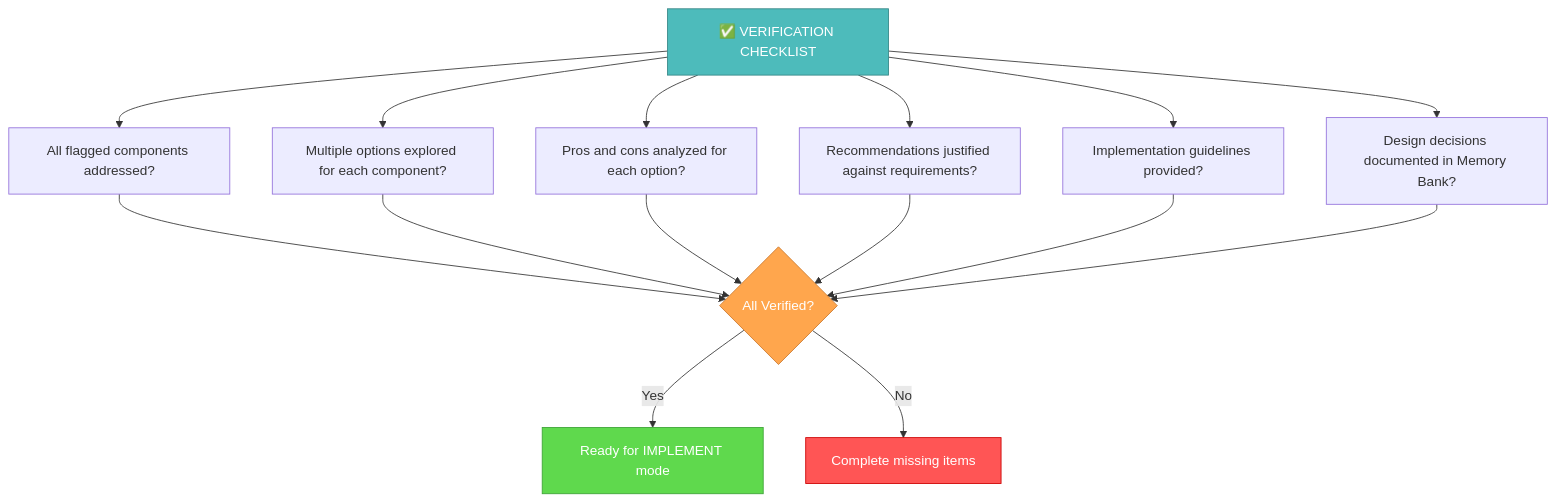
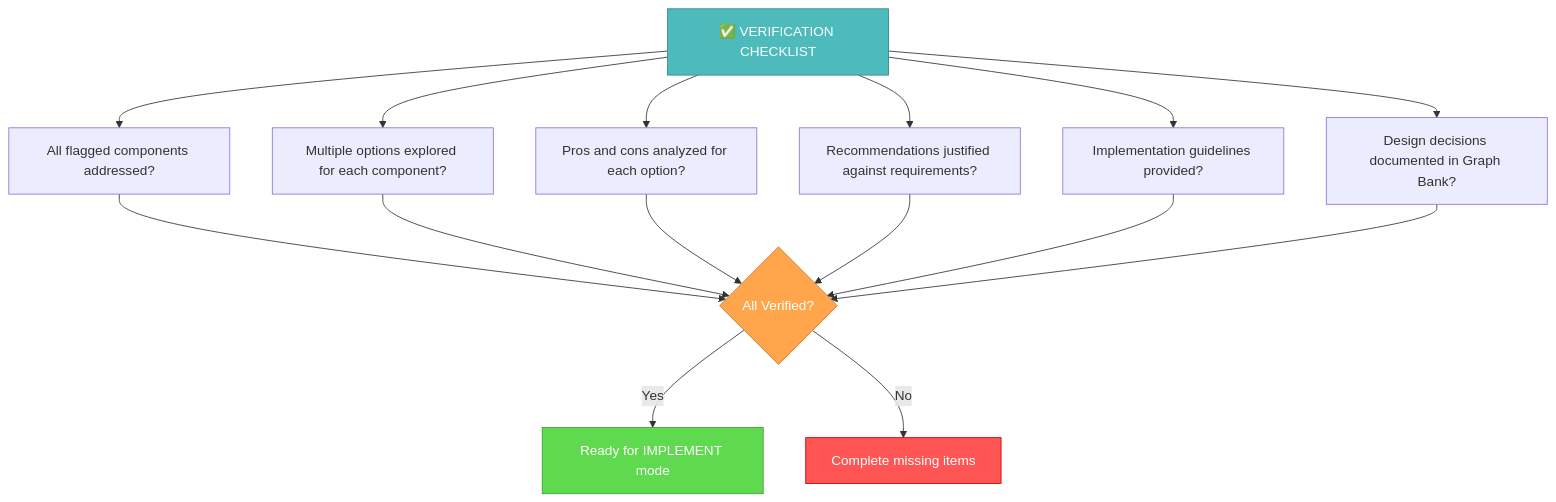
One commit to 7Spade/cursor-memory-bank changed the sixth of 12 diagrams in .cursor/rules/isolation_rules/Modes/creative-mode-detailed.mdc. Above: the diagram before and after it, drawn with Mermaid. The commit also changed other lines of this file and 11 other files, not shown here.

Commit message:
feat: Update documentation to reflect transition from MCP Memory Server to MCP Graph Server; revise command mappings, integration rules, and mode instructions for improved clarity and consistency across the system. Ensure all references are aligned with the new Graph Bank structure.

````diff
--- a/.cursor/rules/isolation_rules/Modes/creative-mode-detailed.mdc
+++ b/.cursor/rules/isolation_rules/Modes/creative-mode-detailed.mdc
@@ -262,18 +262,18 @@
 ```mermaid
 graph TD
     V["✅ VERIFICATION CHECKLIST"] --> C["All flagged components addressed?"]
     V --> O["Multiple options explored for each component?"]
     V --> A["Pros and cons analyzed for each option?"]
     V --> R["Recommendations justified against requirements?"]
     V --> I["Implementation guidelines provided?"]
-    V --> D["Design decisions documented in Memory Bank?"]
+    V --> D["Design decisions documented in Graph Bank?"]
     
     C & O & A & R & I & D --> Decision{"All Verified?"}
     Decision -->|"Yes"| Complete["Ready for IMPLEMENT mode"]
     Decision -->|"No"| Fix["Complete missing items"]
     
     style V fill:#4dbbbb,stroke:#368787,color:white
     style Decision fill:#ffa64d,stroke:#cc7a30,color:white
     style Complete fill:#5fd94d,stroke:#3da336,color:white
     style Fix fill:#ff5555,stroke:#cc0000,color:white
 ```
````
